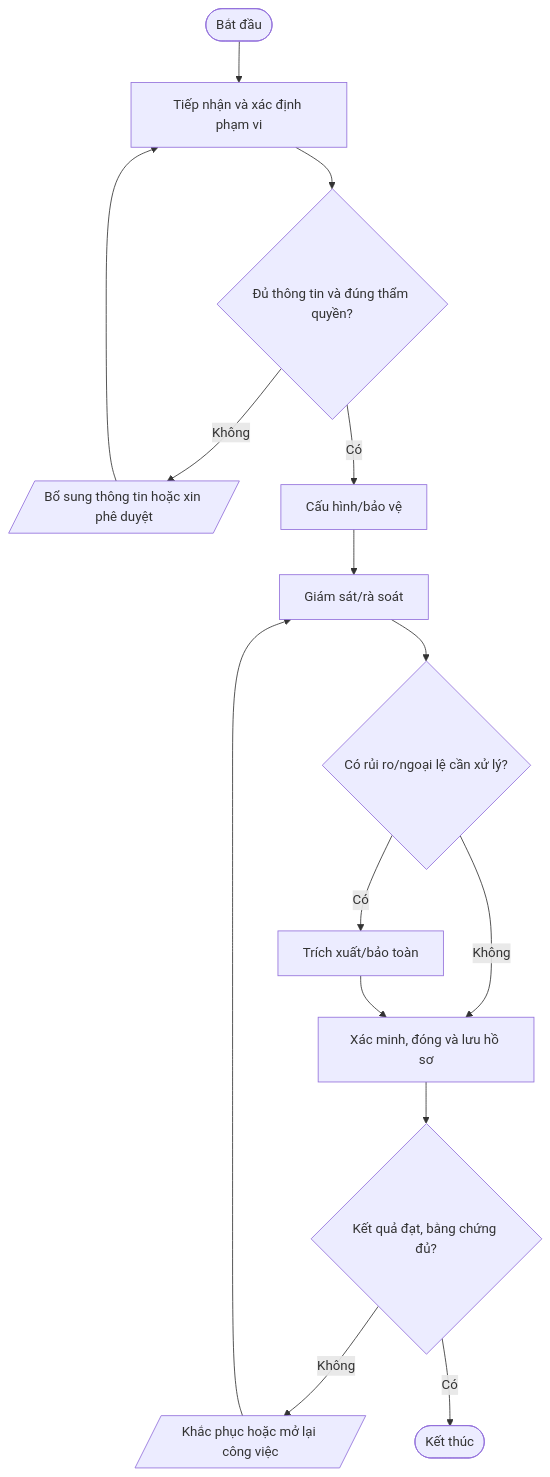
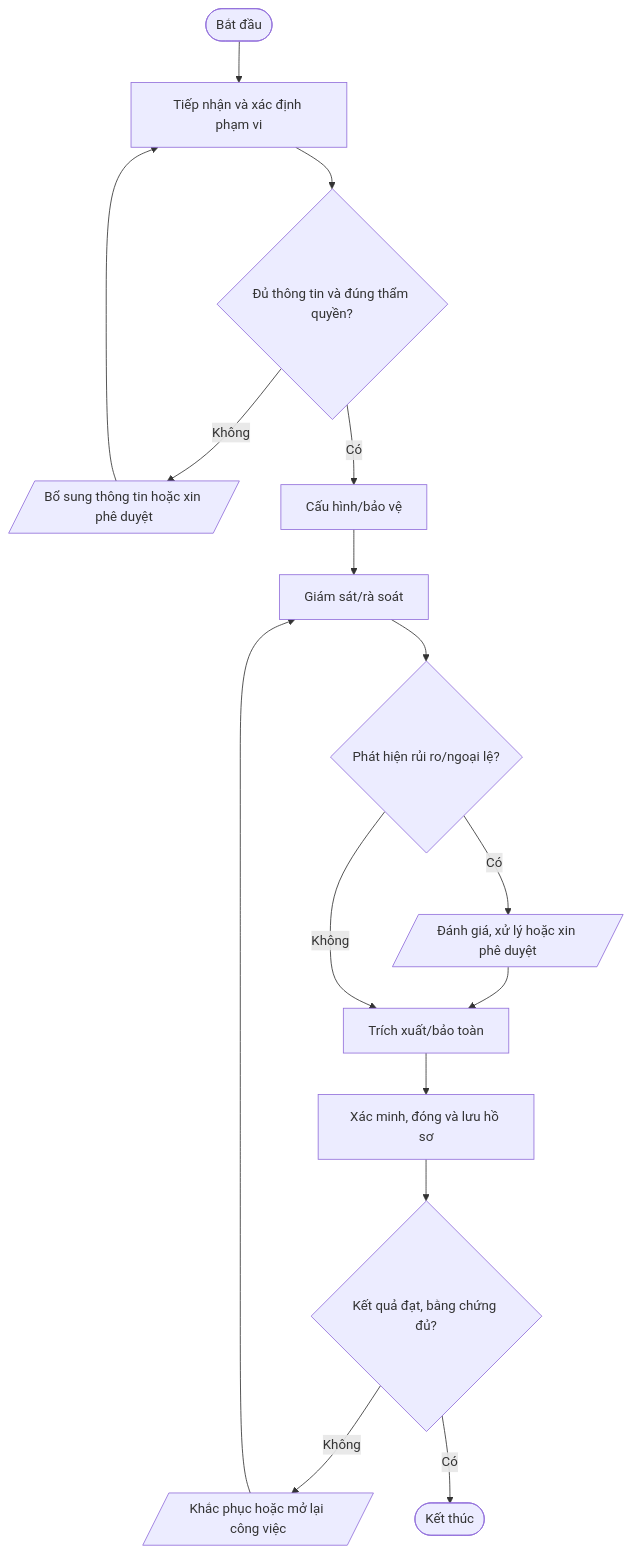
The sixth of 11 diagrams in quy-trinh/03-An-toan-thong-tin/README.md (daoaigiangnam/Quy_Trinh_Chuan), drawn with Mermaid before and after one commit. The commit also changed other lines of this file, not shown here.

Commit message:
docs: correct procedure flowchart decision paths

````diff
--- a/quy-trinh/03-An-toan-thong-tin/README.md
+++ b/quy-trinh/03-An-toan-thong-tin/README.md
@@ -497,17 +502,18 @@
 ```mermaid
 flowchart TD
   A([Bắt đầu]) --> S1["Tiếp nhận và xác định phạm vi"]
   S1 --> D1{"Đủ thông tin và đúng thẩm quyền?"}
   D1 -- Không --> F1[/"Bổ sung thông tin hoặc xin phê duyệt"/]
   F1 --> S1
   D1 -- Có --> S2["Cấu hình/bảo vệ"]
   S2 --> S3["Giám sát/rà soát"]
-  S3 --> D2{"Có rủi ro/ngoại lệ cần xử lý?"}
-  D2 -- Có --> S4["Trích xuất/bảo toàn"]
-  D2 -- Không --> S5["Xác minh, đóng và lưu hồ sơ"]
-  S4 --> S5
+  S3 --> D2{"Phát hiện rủi ro/ngoại lệ?"}
+  D2 -- Có --> RISK[/"Đánh giá, xử lý hoặc xin phê duyệt"/]
+  RISK --> S4["Trích xuất/bảo toàn"]
+  D2 -- Không --> S4
+  S4 --> S5["Xác minh, đóng và lưu hồ sơ"]
   S5 --> D3{"Kết quả đạt, bằng chứng đủ?"}
   D3 -- Không --> R[/"Khắc phục hoặc mở lại công việc"/]
   R --> S3
   D3 -- Có --> Z([Kết thúc])
 ```
````
